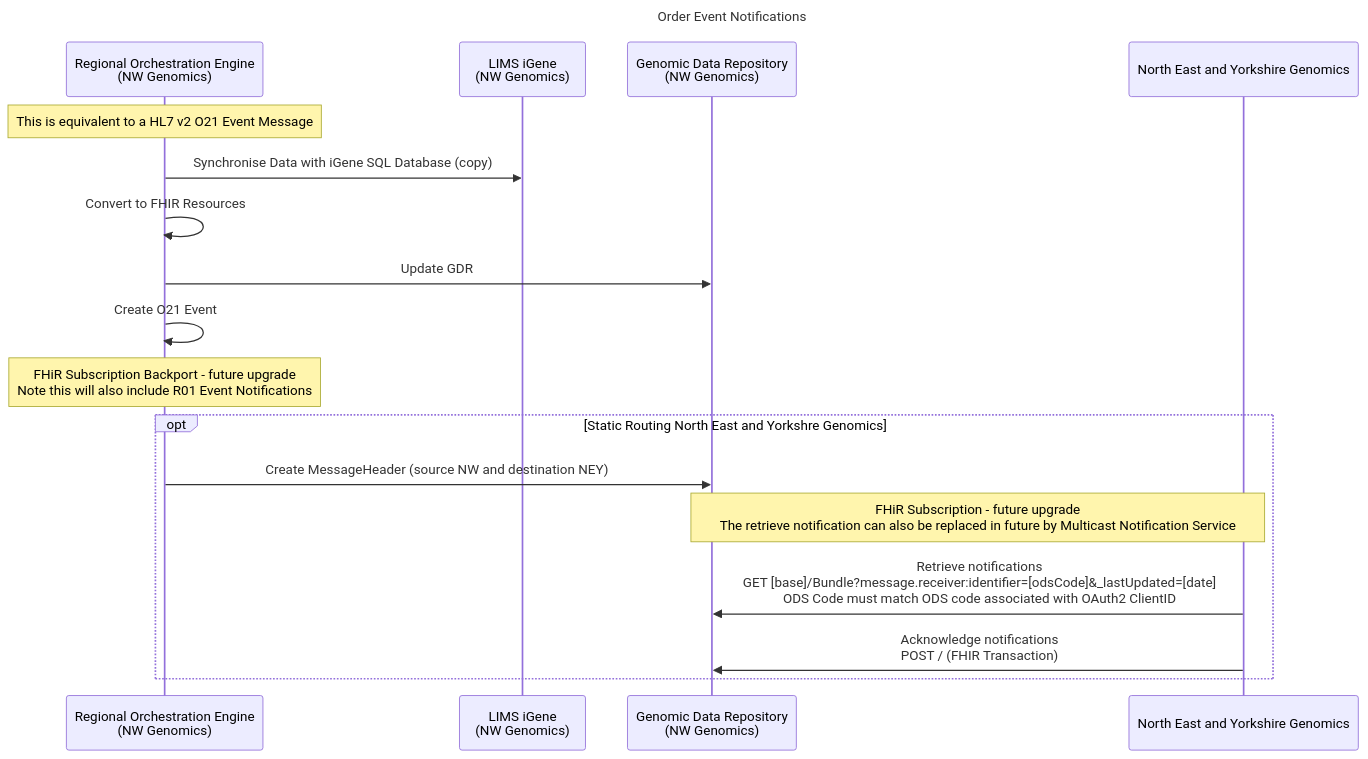
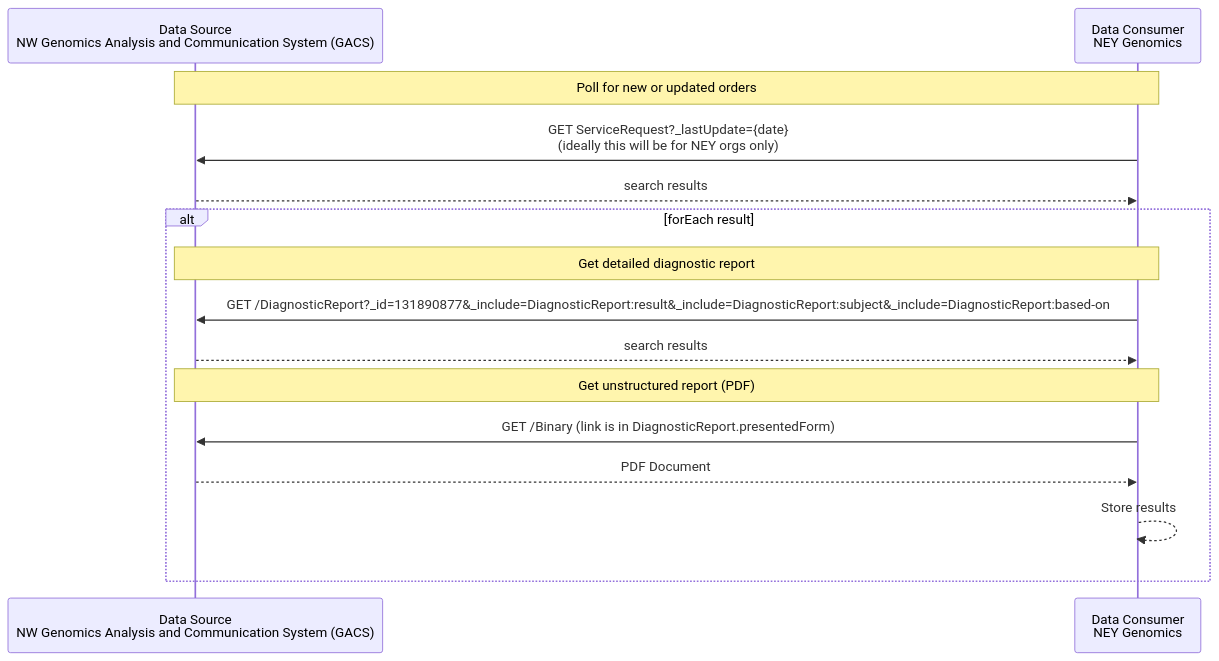
Before and after one commit to uk-gov-mirror/nw-gmsa.nw-gmsa.github.com: the diagram in Design/phase2-sequence-NEY-option-2.mermaid, drawn with Mermaid. The commit also changed 2 other files, not shown here.

```diff
--- a/Design/phase2-sequence-NEY-option-2.mermaid
+++ b/Design/phase2-sequence-NEY-option-2.mermaid
@@ -1,24 +1,17 @@
----
-title: Order Event Notifications
----
 sequenceDiagram
 
-participant RIE as Regional Orchestration Engine<br/>(NW Genomics)
-participant LIMS as LIMS iGene<br/>(NW Genomics)
-participant GDR as Genomic Data Repository<br/>(NW Genomics)
-participant NEY as North East and Yorkshire Genomics
+participant DataSource As Data Source<br/>NW Genomics Analysis and Communication System (GACS)
+participant DataConsumer As Data Consumer<br/>NEY Genomics
 
-note over RIE: This is equivalent to a HL7 v2 O21 Event Message
-RIE ->> LIMS: Synchronise Data with iGene SQL Database (copy)
-RIE ->> RIE: Convert to FHIR Resources
-RIE ->> GDR: Update GDR
-RIE ->> RIE: Create O21 Event
-
-note over RIE : FHiR Subscription Backport - future upgrade<br/>Note this will also include R01 Event Notifications
-
-opt Static Routing North East and Yorkshre Genomics
-    RIE ->> GDR: Create MessageHeader (source NW and destination NEY)
-    note over GDR,NEY : FHiR Subscription - future upgrade<br/>The retrieve notification can also be replaced in future by Multicast Notification Service
-    NEY ->> GDR: Retrieve notifications <br/>GET [base]/Bundle?message.receiver:identifier=[odsCode]&_lastUpdated=[date]<br/>ODS Code must match ODS code associated with OAuth2 ClientID
-    NEY ->> GDR: Acknowledge notifications<br/>POST / (FHIR Transaction)
+note over DataConsumer,DataSource: Poll for new or updated orders
+DataConsumer ->> DataSource: GET ServiceRequest?_lastUpdate={date}<br/>(ideally this will be for NEY orgs only)
+DataSource -->> DataConsumer: search results
+alt forEach result
+    note over DataConsumer,DataSource: Get detailed diagnostic report
+    DataConsumer ->> DataSource: GET /DiagnosticReport?_id=131890877&_include=DiagnosticReport:result&_include=DiagnosticReport:subject&_include=DiagnosticReport:based-on
+    DataSource -->> DataConsumer: search results
+    note over DataConsumer,DataSource: Get unstructured report (PDF)
+    DataConsumer ->> DataSource: GET /Binary (link is in DiagnosticReport.presentedForm)
+    DataSource -->> DataConsumer: PDF Document
+    DataConsumer -->> DataConsumer: Store results
 end
```
